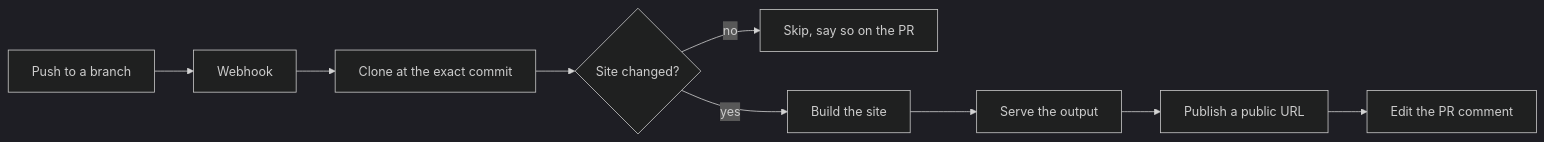
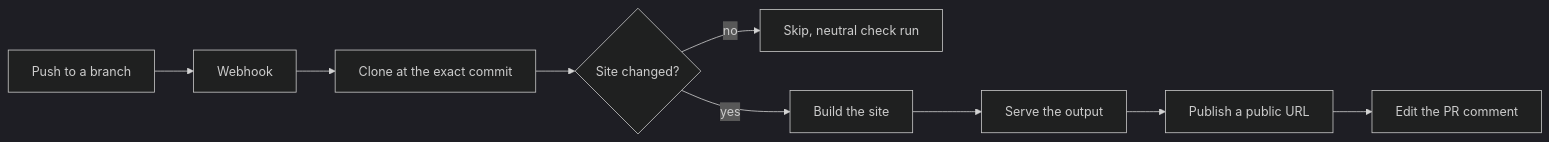
One commit to openziti-test-kitchen/docpreview changed the diagram in www/docs/intro.md. Above: the diagram before and after it, drawn with Mermaid (dark theme). The commit also changed 59 other files, not shown here.

````diff
--- a/www/docs/intro.md
+++ b/www/docs/intro.md
@@ -37,11 +37,11 @@
 ```mermaid
 flowchart LR
     A[Push to a branch] --> B[Webhook]
     B --> E[Clone at the exact commit]
     E --> C{Site changed?}
-    C -->|no| D[Skip, say so on the PR]
+    C -->|no| D[Skip, neutral check run]
     C -->|yes| F[Build the site]
     F --> G[Serve the output]
     G --> H[Publish a public URL]
     H --> I[Edit the PR comment]
 ```
````
